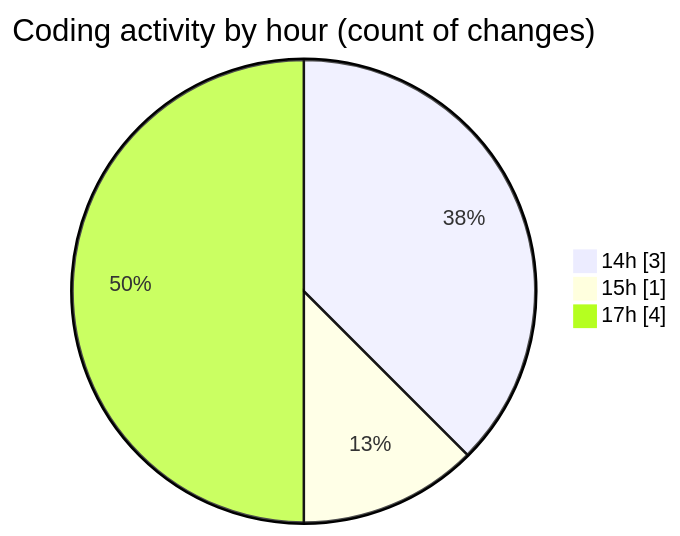
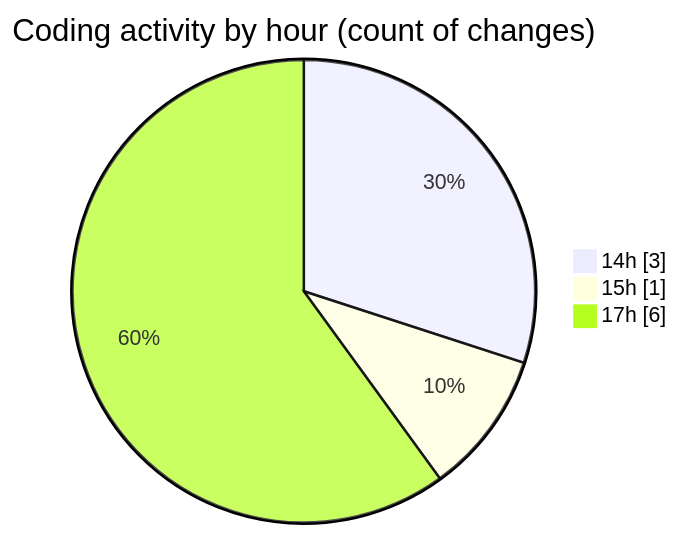
The second of 2 diagrams in 2026-02-04/nxtqube_webapp/README.md (nxtqubesakshisongat/code-tracking), drawn with Mermaid before and after one commit. The commit also changed other lines of this file and 1 other file, not shown here.

````diff
--- a/2026-02-04/nxtqube_webapp/README.md
+++ b/2026-02-04/nxtqube_webapp/README.md
@@ -30,7 +31,7 @@
 ```mermaid
 pie showData
 title Coding activity by hour (count of changes)
 "14h" : 3
 "15h" : 1
-"17h" : 4
+"17h" : 6
 ```
````
